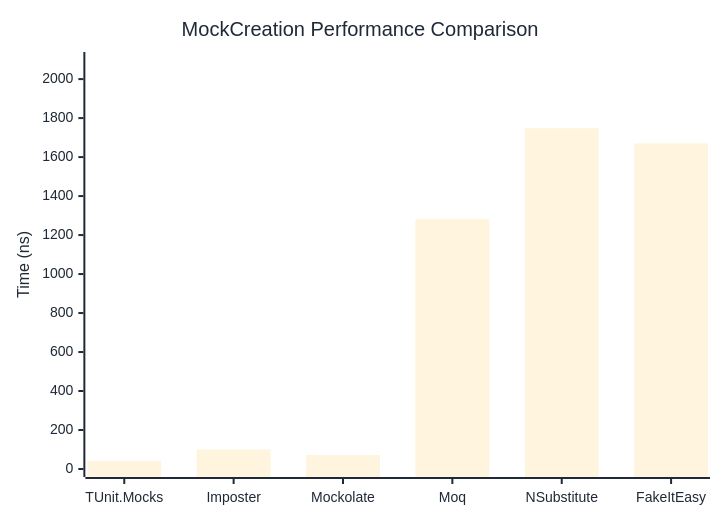
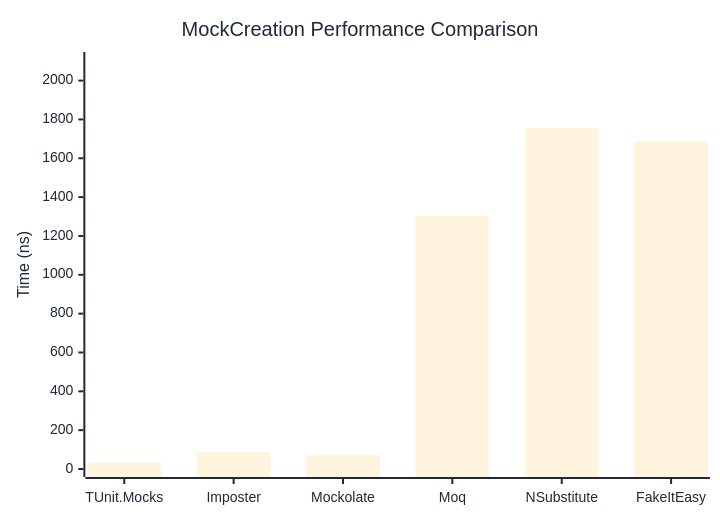
One commit to thomhurst/TUnit changed the first of 2 diagrams in docs/docs/benchmarks/mocks/MockCreation.md. Above: the diagram before and after it, drawn with Mermaid. The commit also changed other lines of this file and 14 other files, not shown here.

````diff
--- a/docs/docs/benchmarks/mocks/MockCreation.md
+++ b/docs/docs/benchmarks/mocks/MockCreation.md
@@ -28,27 +28,27 @@
 ```mermaid
 %%{init: {
   'theme':'base',
   'themeVariables': {
     'primaryColor': '#2563eb',
     'primaryTextColor': '#1f2937',
     'primaryBorderColor': '#1e40af',
     'lineColor': '#6b7280',
     'secondaryColor': '#7c3aed',
     'tertiaryColor': '#dc2626',
     'background': '#ffffff',
     'pie1': '#2563eb',
     'pie2': '#7c3aed',
     'pie3': '#dc2626',
     'pie4': '#f59e0b',
     'pie5': '#10b981',
     'pie6': '#06b6d4',
     'pie7': '#ec4899',
     'pie8': '#6366f1'
   }
 }}%%
 xychart-beta
   title "MockCreation Performance Comparison"
   x-axis ["TUnit.Mocks", "Imposter", "Mockolate", "Moq", "NSubstitute", "FakeItEasy"]
-  y-axis "Time (ns)" 0 --> 2098
-  bar [41.85, 99.96, 72.01, 1283.03, 1747.74, 1670.04]
+  y-axis "Time (ns)" 0 --> 2106
+  bar [33.06, 87.58, 72.01, 1304.59, 1755, 1686.18]
 ```
````
